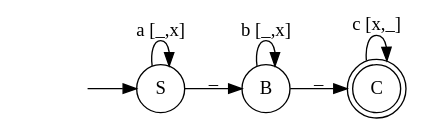
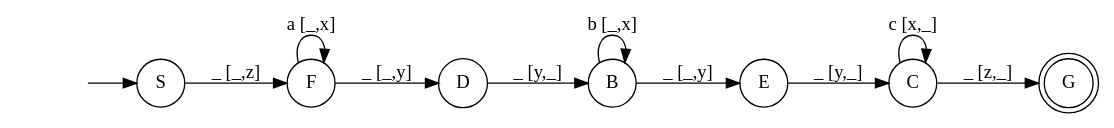
Before and after one commit to arjen0203/AutomataReader: the diagram in Automate Picture/AutomataPicture.dot, drawn with Graphviz. The commit also changed 17 other files, not shown here.

```diff
--- a/Automate Picture/AutomataPicture.dot
+++ b/Automate Picture/AutomataPicture.dot
@@ -1,14 +1,22 @@
 digraph myAutomaton { 
 rankdir=LR; 
 "" [shape=none] 
 "S" [shape=circle] 
 "B" [shape=circle] 
-"C" [shape=doublecircle] 
+"C" [shape=circle] 
+"D" [shape=circle] 
+"E" [shape=circle] 
+"F" [shape=circle] 
+"G" [shape=doublecircle] 
 
 "" -> "S" 
-"S" -> "S" [label="a [_,x]"] 
-"S" -> "B" [label="_"] 
+"S" -> "F" [label="_ [_,z]"] 
 "B" -> "B" [label="b [_,x]"] 
-"B" -> "C" [label="_"] 
+"B" -> "E" [label="_ [_,y]"] 
 "C" -> "C" [label="c [x,_]"] 
+"C" -> "G" [label="_ [z,_]"] 
+"D" -> "B" [label="_ [y,_]"] 
+"E" -> "C" [label="_ [y,_]"] 
+"F" -> "F" [label="a [_,x]"] 
+"F" -> "D" [label="_ [_,y]"] 
 }
```
